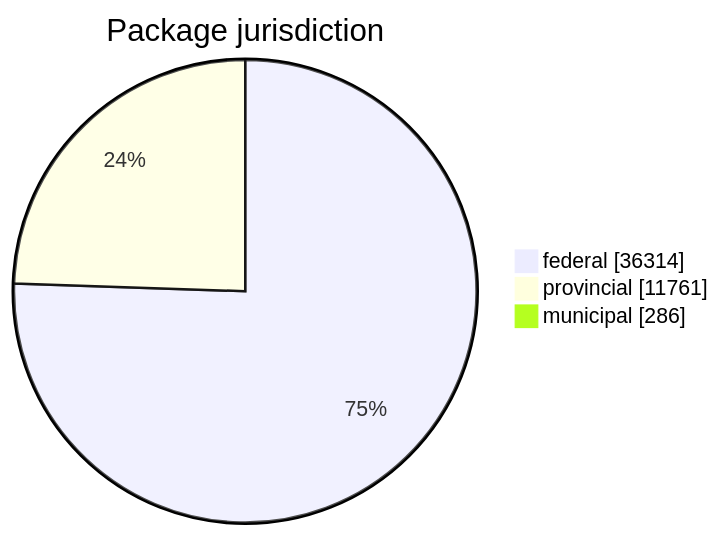
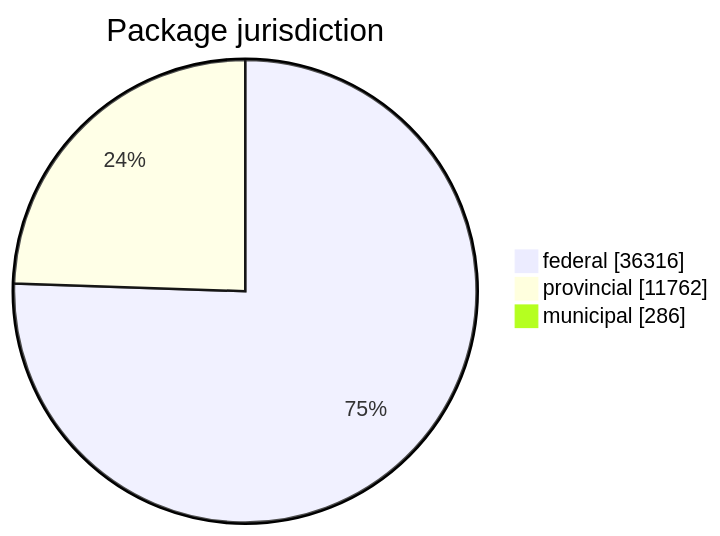
One commit to open-data/analytics-corporate-reporting changed the first of 5 diagrams in FreshCheck/README.md. Above: the diagram before and after it, drawn with Mermaid. The commit also changed other lines of this file and 3 other files, not shown here.

````diff
--- a/FreshCheck/README.md
+++ b/FreshCheck/README.md
@@ -60,6 +60,6 @@
 ```mermaid
 pie showData title Package jurisdiction
-    "federal": 36314
-    "provincial": 11761
+    "federal": 36316
+    "provincial": 11762
     "municipal": 286
 ```
````
